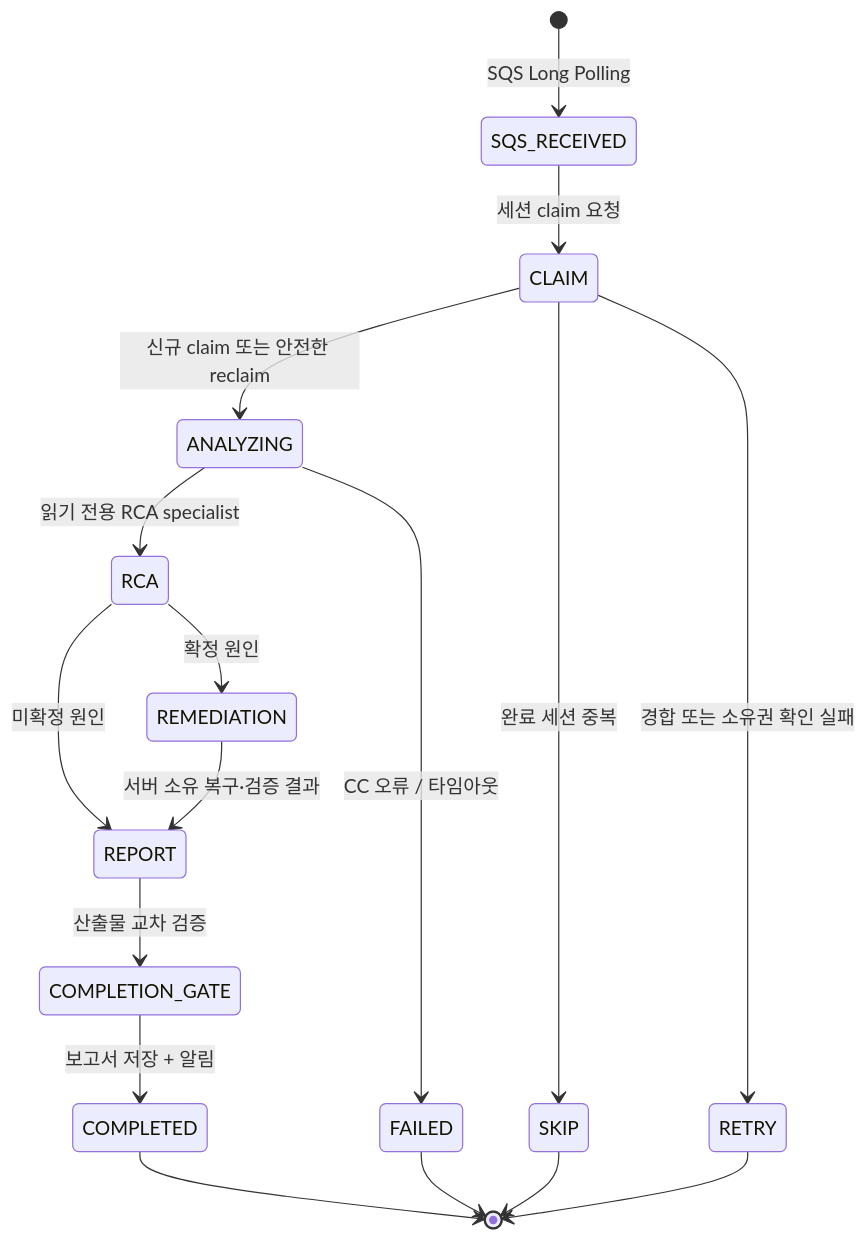
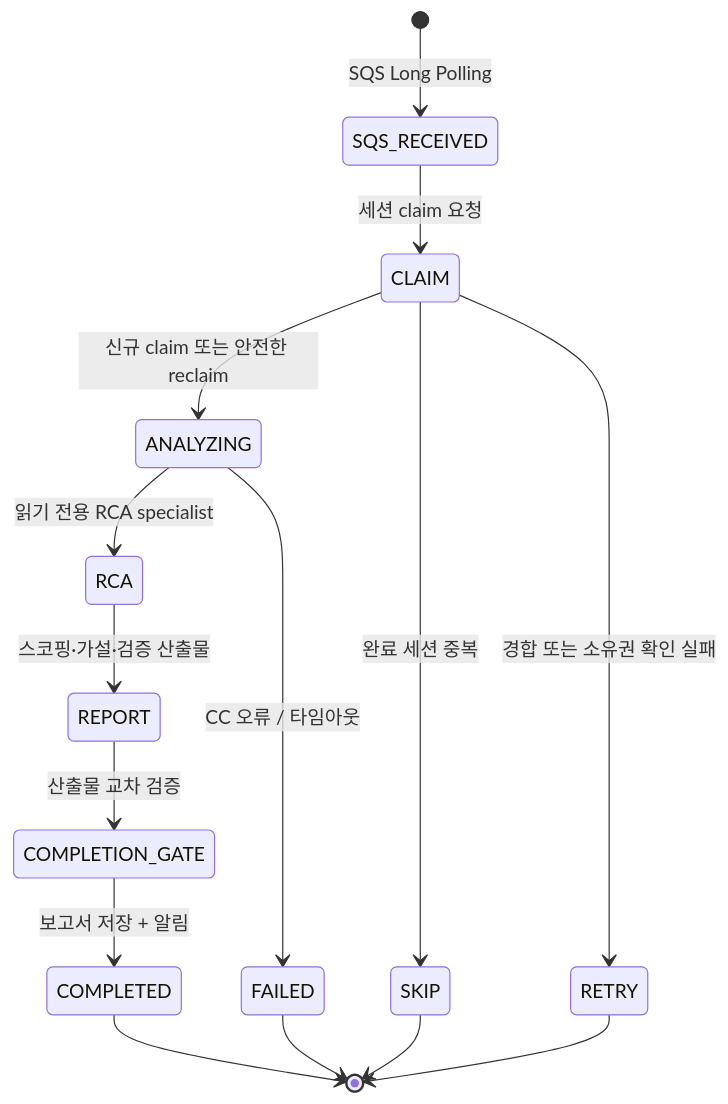
One commit to haandol/rca-agent changed the third of 5 diagrams in docs/architecture.md. Above: the diagram before and after it, drawn with Mermaid. The commit also changed other lines of this file and 7 other files, not shown here.

````diff
--- a/docs/architecture.md
+++ b/docs/architecture.md
@@ -141,19 +175,17 @@
 ```mermaid
 stateDiagram-v2
     [*] --> SQS_RECEIVED: SQS Long Polling
     SQS_RECEIVED --> CLAIM: 세션 claim 요청
     CLAIM --> ANALYZING: 신규 claim 또는 안전한 reclaim
     CLAIM --> SKIP: 완료 세션 중복
     CLAIM --> RETRY: 경합 또는 소유권 확인 실패
     ANALYZING --> RCA: 읽기 전용 RCA specialist
-    RCA --> REMEDIATION: 확정 원인
-    RCA --> REPORT: 미확정 원인
-    REMEDIATION --> REPORT: 서버 소유 복구·검증 결과
+    RCA --> REPORT: 스코핑·가설·검증 산출물
     REPORT --> COMPLETION_GATE: 산출물 교차 검증
     COMPLETION_GATE --> COMPLETED: 보고서 저장 + 알림
     ANALYZING --> FAILED: CC 오류 / 타임아웃
     COMPLETED --> [*]
     FAILED --> [*]
     SKIP --> [*]
     RETRY --> [*]
 ```
````
